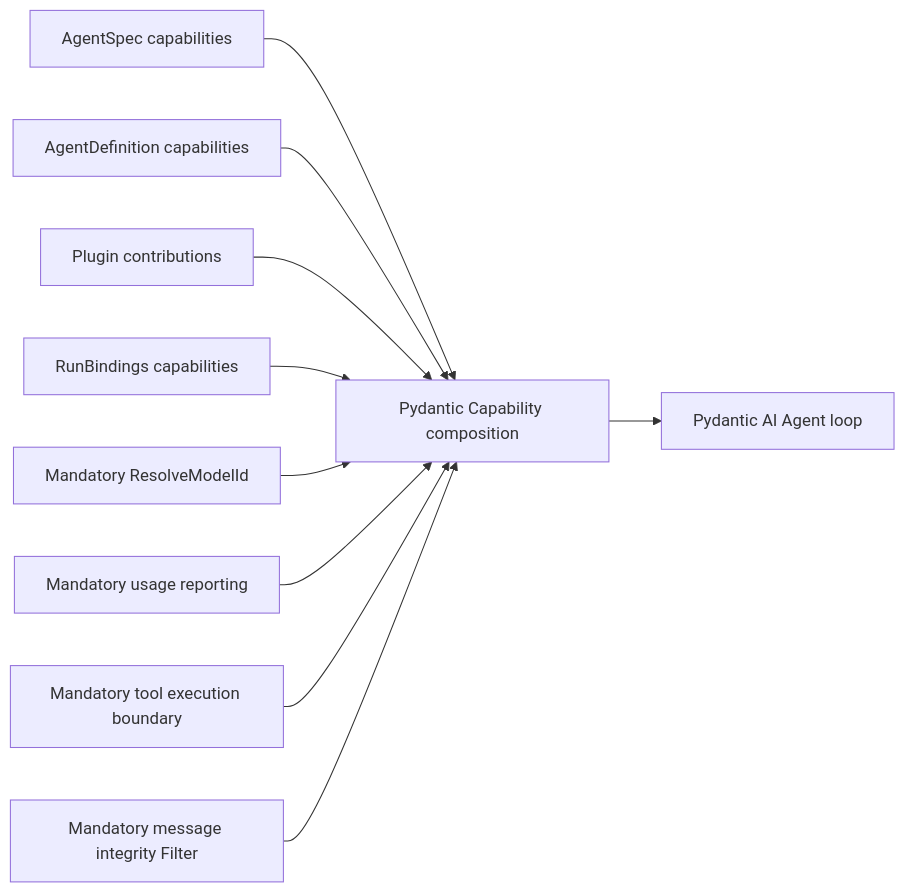
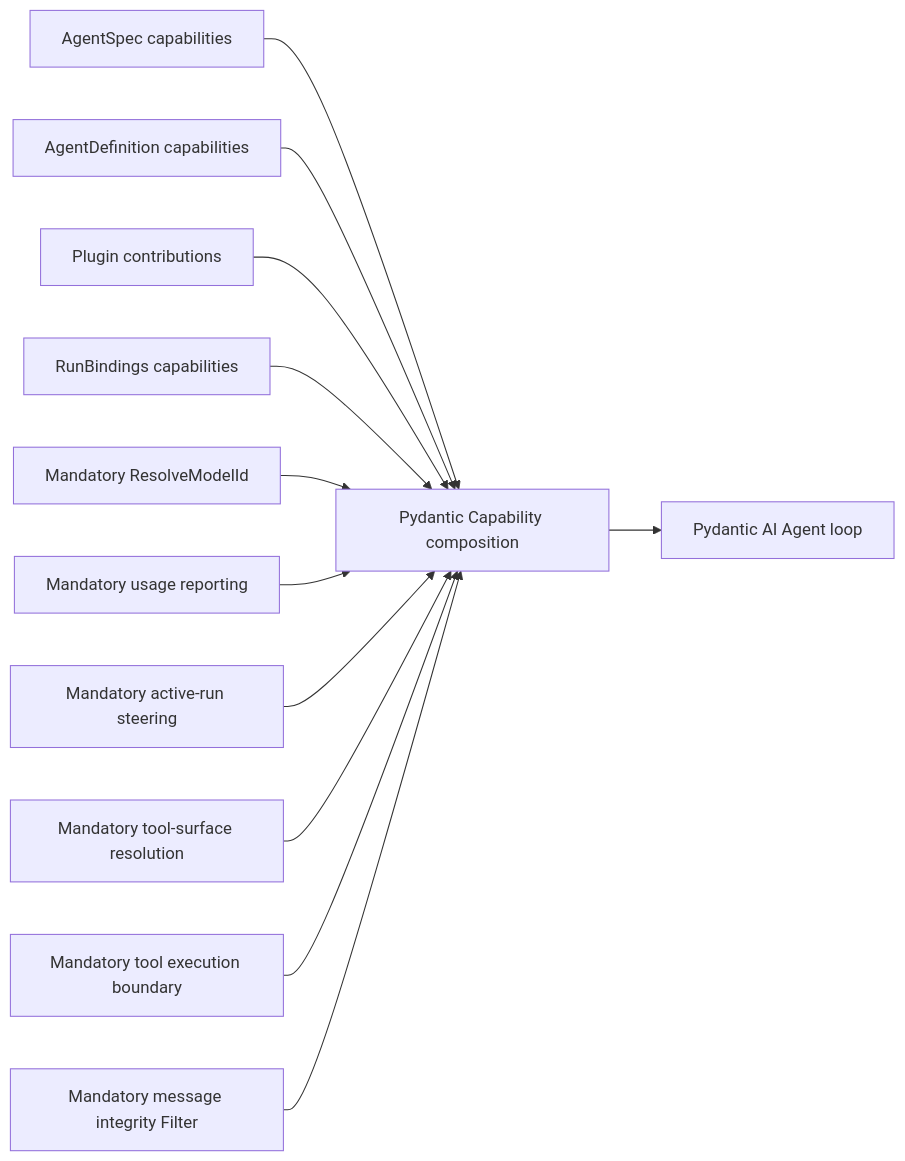
One commit to LTThreeComma/agent-foundation changed the diagram in spec/agent-harness/17-core-capability-catalog.md. Above: the diagram before and after it, drawn with Mermaid. The commit also changed other lines of this file and 136 other files, not shown here.

````diff
--- a/spec/agent-harness/17-core-capability-catalog.md
+++ b/spec/agent-harness/17-core-capability-catalog.md
@@ -61,12 +63,14 @@
 ```mermaid
 flowchart LR
     Spec[AgentSpec capabilities] --> PAI[Pydantic Capability composition]
     Build[AgentDefinition capabilities] --> PAI
     Plugin[Plugin contributions] --> PAI
     Run[RunBindings capabilities] --> PAI
     Resolver[Mandatory ResolveModelId] --> PAI
     Usage[Mandatory usage reporting] --> PAI
+    Steering[Mandatory active-run steering] --> PAI
+    Surface[Mandatory tool-surface resolution] --> PAI
     Boundary[Mandatory tool execution boundary] --> PAI
     Integrity[Mandatory message integrity Filter] --> PAI
     PAI --> Agent[Pydantic AI Agent loop]
 ```
````
